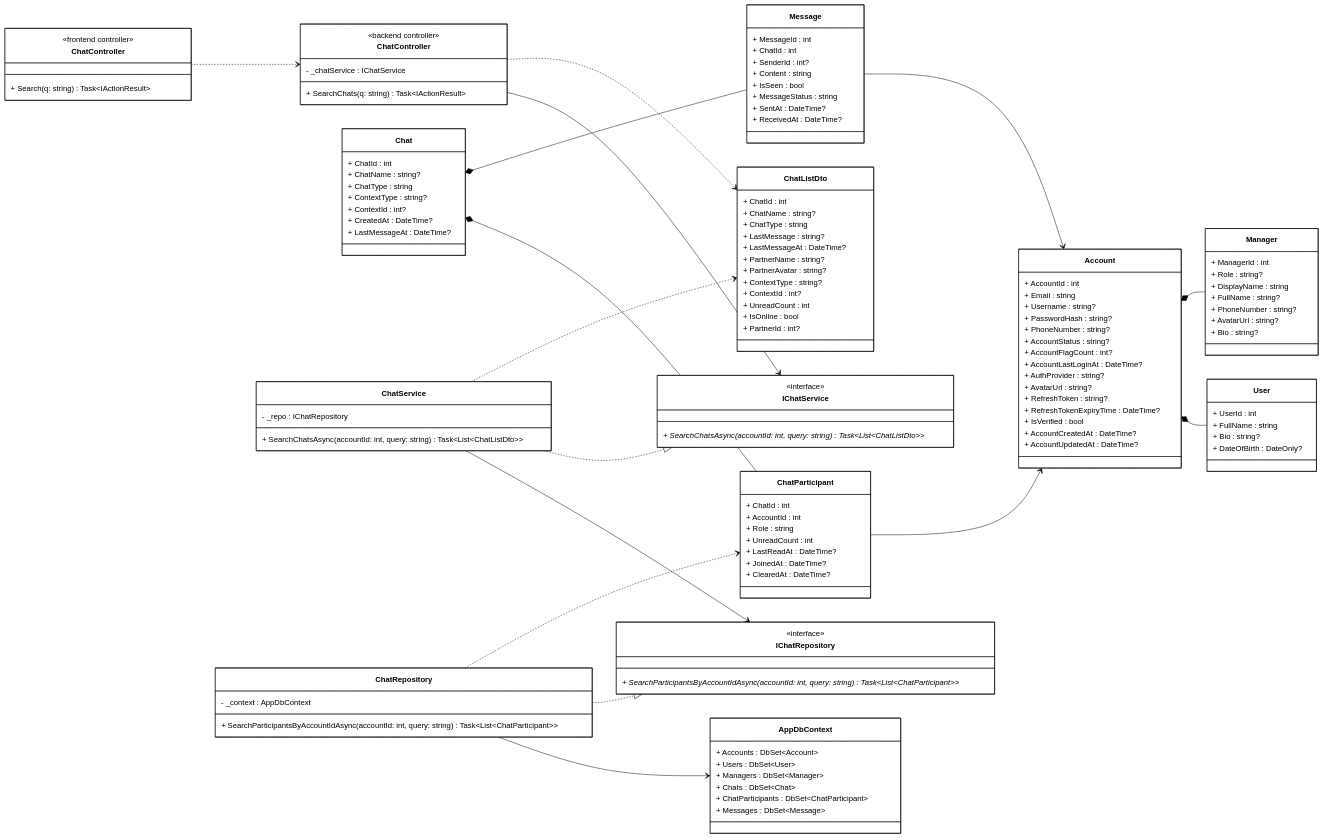
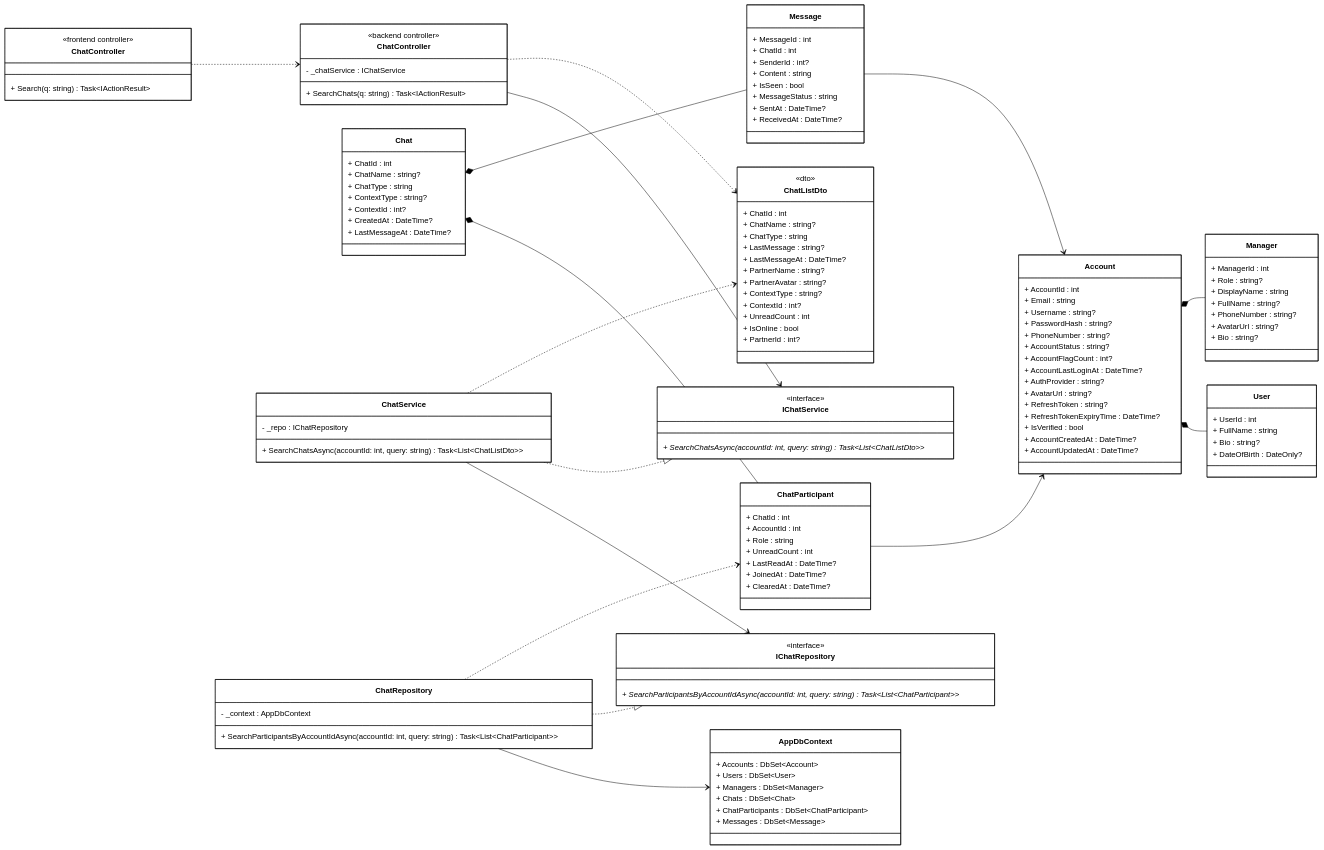
One commit to 1000do/Linked changed the diagram in diagrams/class_mermaid/manage_chat/cls_mm_search_chat_history.mmd. Above: the diagram before and after it, drawn with Mermaid (forest theme). The commit also changed 29 other files, not shown here.

Commit message:
docs: add comprehensive mermaid class diagrams for core system features and update admin layout view

```diff
--- a/diagrams/class_mermaid/manage_chat/cls_mm_search_chat_history.mmd
+++ b/diagrams/class_mermaid/manage_chat/cls_mm_search_chat_history.mmd
@@ -1,170 +1,171 @@
 classDiagram
 direction LR
 
 %% ==================== FRONTEND ====================
 
 class FrontendController["ChatController"] {
     <<frontend controller>>
     + Search(q: string) Task~IActionResult~
 }
 
 %% ==================== BACKEND - CONTROLLER ====================
 
 class BackendController["ChatController"] {
     <<backend controller>>
     - _chatService : IChatService
     + SearchChats(q: string) Task~IActionResult~
 }
 
 %% ==================== BACKEND - DTOs ====================
 
 class ChatListDto {
+    <<dto>>
     + ChatId : int
     + ChatName : string?
     + ChatType : string
     + LastMessage : string?
     + LastMessageAt : DateTime?
     + PartnerName : string?
     + PartnerAvatar : string?
     + ContextType : string?
     + ContextId : int?
     + UnreadCount : int
     + IsOnline : bool
     + PartnerId : int?
 }
 
 %% ==================== BACKEND - DOMAIN ENTITIES ====================
 
 class Chat {
     + ChatId : int
     + ChatName : string?
     + ChatType : string
     + ContextType : string?
     + ContextId : int?
     + CreatedAt : DateTime?
     + LastMessageAt : DateTime?
 }
 
 class ChatParticipant {
     + ChatId : int
     + AccountId : int
     + Role : string
     + UnreadCount : int
     + LastReadAt : DateTime?
     + JoinedAt : DateTime?
     + ClearedAt : DateTime?
 }
 
 class Message {
     + MessageId : int
     + ChatId : int
     + SenderId : int?
     + Content : string
     + IsSeen : bool
     + MessageStatus : string
     + SentAt : DateTime?
     + ReceivedAt : DateTime?
 }
 
 class Account {
     + AccountId : int
     + Email : string
     + Username : string?
     + PasswordHash : string?
     + PhoneNumber : string?
     + AccountStatus : string?
     + AccountFlagCount : int?
     + AccountLastLoginAt : DateTime?
     + AuthProvider : string?
     + AvatarUrl : string?
     + RefreshToken : string?
     + RefreshTokenExpiryTime : DateTime?
     + IsVerified : bool
     + AccountCreatedAt : DateTime?
     + AccountUpdatedAt : DateTime?
 }
 
 class User {
     + UserId : int
     + FullName : string
     + Bio : string?
     + DateOfBirth : DateOnly?
 }
 
 class Manager {
     + ManagerId : int
     + Role : string?
     + DisplayName : string
     + FullName : string?
     + PhoneNumber : string?
     + AvatarUrl : string?
     + Bio : string?
 }
 
 %% ==================== BACKEND - SERVICE INTERFACES ====================
 
 class IChatService {
     <<interface>>
     + SearchChatsAsync(accountId: int, query: string) Task~List~ChatListDto~~ *
 }
 
 %% ==================== BACKEND - REPOSITORY INTERFACES ====================
 
 class IChatRepository {
     <<interface>>
     + SearchParticipantsByAccountIdAsync(accountId: int, query: string) Task~List~ChatParticipant~~ *
 }
 
 %% ==================== BACKEND - SERVICE IMPLEMENTATION ====================
 
 class ChatService {
     - _repo : IChatRepository
     + SearchChatsAsync(accountId: int, query: string) Task~List~ChatListDto~~
 }
 
 %% ==================== BACKEND - REPOSITORY IMPLEMENTATION ====================
 
 class ChatRepository {
     - _context : AppDbContext
     + SearchParticipantsByAccountIdAsync(accountId: int, query: string) Task~List~ChatParticipant~~
 }
 
 %% ==================== BACKEND - DbContext ====================
 
 class AppDbContext {
     + Accounts : DbSet~Account~
     + Users : DbSet~User~
     + Managers : DbSet~Manager~
     + Chats : DbSet~Chat~
     + ChatParticipants : DbSet~ChatParticipant~
     + Messages : DbSet~Message~
 }
 
 %% ==================== RELATIONSHIPS ====================
 
-%% === COMPOSITION ===
+%% === COMPOSITION (filled diamond) ===
 Account *-- User
 Account *-- Manager
 Chat *-- ChatParticipant
 Chat *-- Message
 
-%% === UNIDIRECTIONAL ASSOCIATION ===
+%% === UNIDIRECTIONAL ASSOCIATION (solid arrow) ===
 ChatParticipant --> Account
 Message --> Account
 BackendController --> IChatService
 ChatService --> IChatRepository
 ChatRepository --> AppDbContext
 
 %% === INTERFACE REALIZATION ===
 ChatService ..|> IChatService
 ChatRepository ..|> IChatRepository
 
-%% === DEPENDENCY ===
+%% === DEPENDENCY (dashed arrows) ===
 FrontendController ..> BackendController
 BackendController ..> ChatListDto
 ChatService ..> ChatListDto
 ChatRepository ..> ChatParticipant
 
 %% ==================== STYLES ====================
 
 classDef default fill:#FFFFFF,stroke:#000000,stroke-width:1px,color:#000000
```
